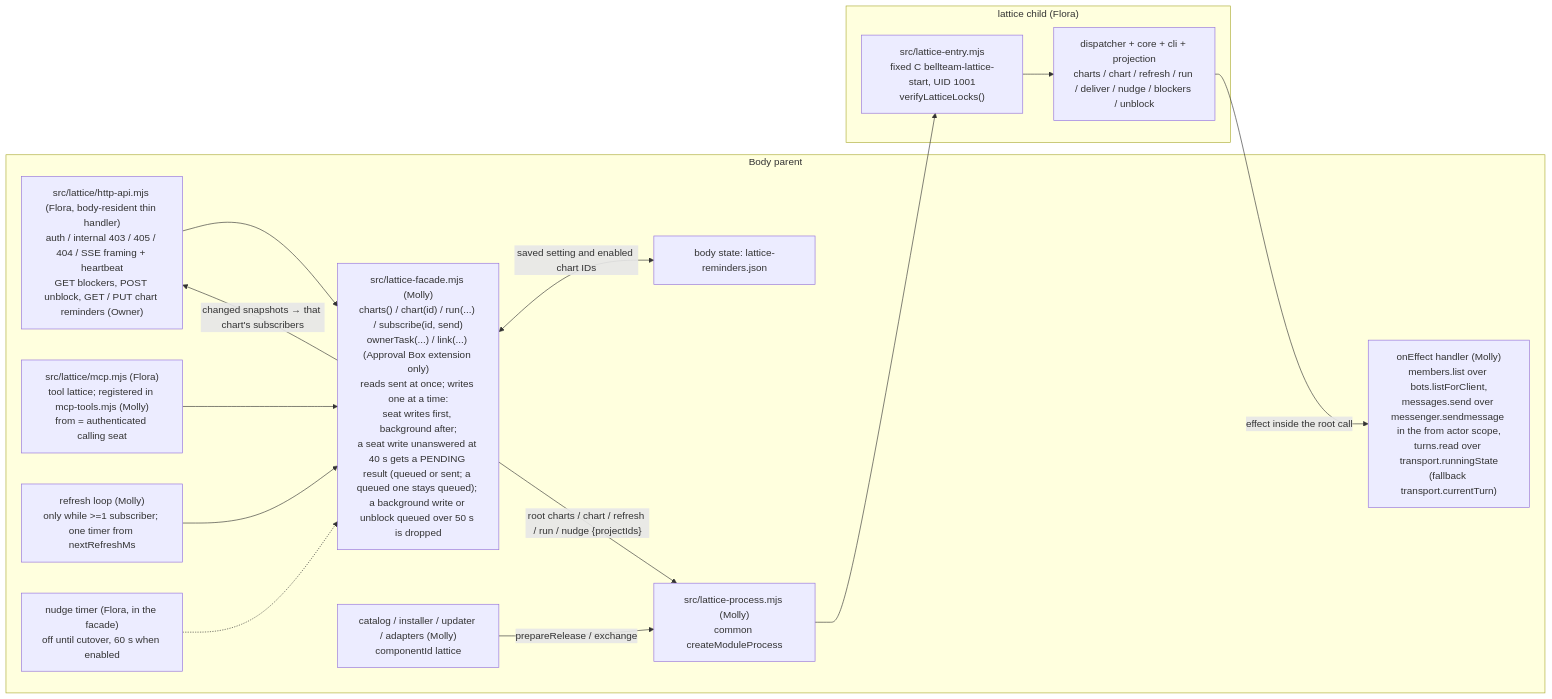
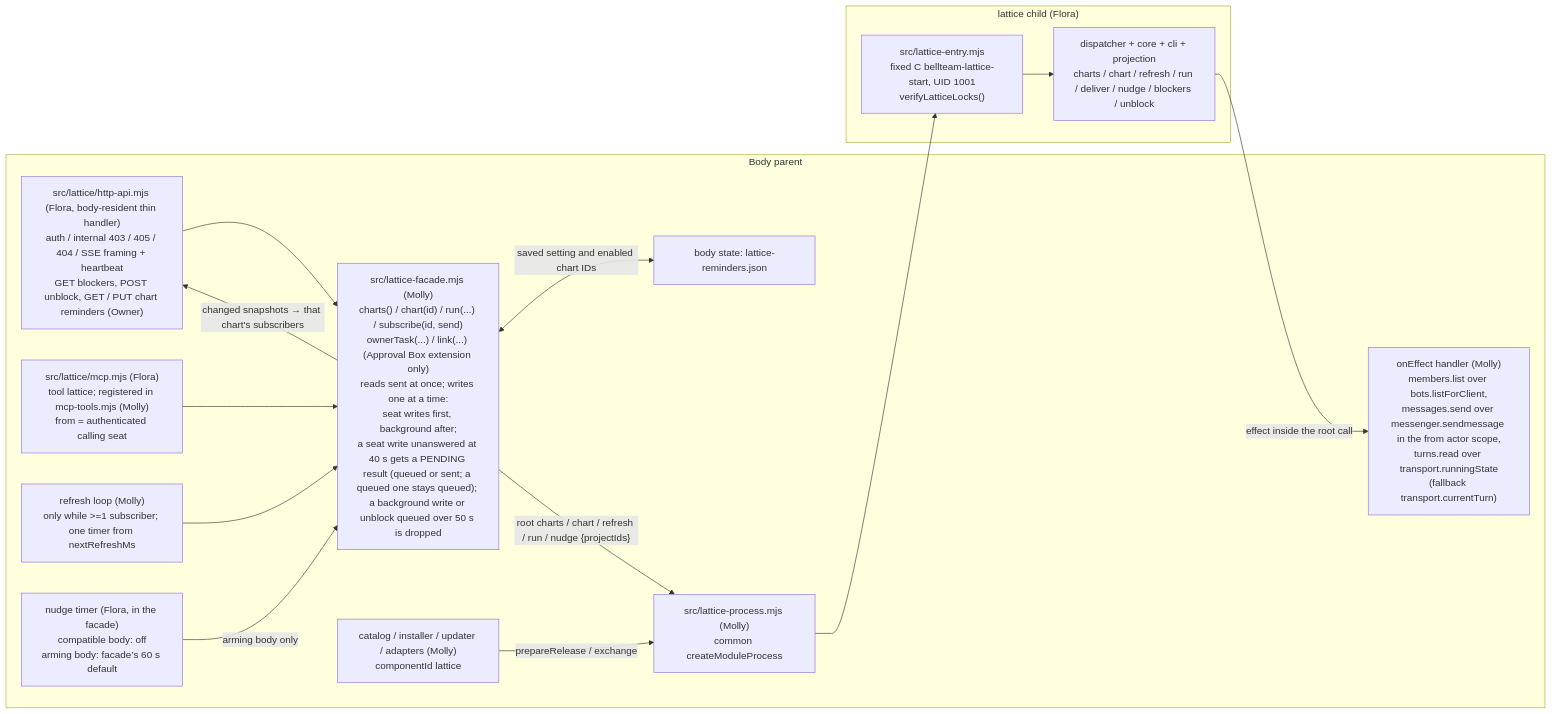
One commit to kitepon/BellTeam changed the diagram in docs/architecture/modules/runtime/lattice-child.md. Above: the diagram before and after it, drawn with Mermaid. The commit also changed other lines of this file and 3 other files, not shown here.

Commit message:
Arm scoped Lattice chart reminders in the body

````diff
--- a/docs/architecture/modules/runtime/lattice-child.md
+++ b/docs/architecture/modules/runtime/lattice-child.md
@@ -7,28 +7,28 @@
 ```mermaid
 flowchart LR
   subgraph Parent["Body parent"]
     Route["src/lattice/http-api.mjs (Flora, body-resident thin handler)<br/>auth / internal 403 / 405 / 404 / SSE framing + heartbeat<br/>GET blockers, POST unblock, GET / PUT chart reminders (Owner)"]
     Tool["src/lattice/mcp.mjs (Flora)<br/>tool lattice; registered in mcp-tools.mjs (Molly)<br/>from = authenticated calling seat"]
     Facade["src/lattice-facade.mjs (Molly)<br/>charts() / chart(id) / run(...) / subscribe(id, send)<br/>ownerTask(...) / link(...) (Approval Box extension only)<br/>reads sent at once; writes one at a time:<br/>seat writes first, background after;<br/>a seat write unanswered at 40 s gets a PENDING result (queued or sent; a queued one stays queued); a background write or unblock queued over 50 s is dropped"]
     Loop["refresh loop (Molly)<br/>only while >=1 subscriber; one timer from nextRefreshMs"]
-    Nudge["nudge timer (Flora, in the facade)<br/>off until cutover, 60 s when enabled"]
+    Nudge["nudge timer (Flora, in the facade)<br/>compatible body: off<br/>arming body: facade’s 60 s default"]
     Settings["body state: lattice-reminders.json"]
     Proc["src/lattice-process.mjs (Molly)<br/>common createModuleProcess"]
     Ports["onEffect handler (Molly)<br/>members.list over bots.listForClient,<br/>messages.send over messenger.sendmessage in the from actor scope,<br/>turns.read over transport.runningState<br/>(fallback transport.currentTurn)"]
     Update["catalog / installer / updater / adapters (Molly)<br/>componentId lattice"]
   end
   subgraph Child["lattice child (Flora)"]
     Entry["src/lattice-entry.mjs<br/>fixed C bellteam-lattice-start, UID 1001<br/>verifyLatticeLocks()"]
     Disp["dispatcher + core + cli + projection<br/>charts / chart / refresh / run / deliver / nudge / blockers / unblock"]
   end
   Route --> Facade
   Tool --> Facade
   Loop --> Facade
-  Nudge -.-> Facade
+  Nudge -->|"arming body only"| Facade
   Facade <-->|"saved setting and enabled chart IDs"| Settings
   Facade -->|"root charts / chart / refresh / run / nudge {projectIds}"| Proc
   Proc --> Entry --> Disp
   Disp -->|"effect inside the root call"| Ports
   Facade -->|"changed snapshots → that chart's subscribers"| Route
   Update -->|"prepareRelease / exchange"| Proc
 ```
````
